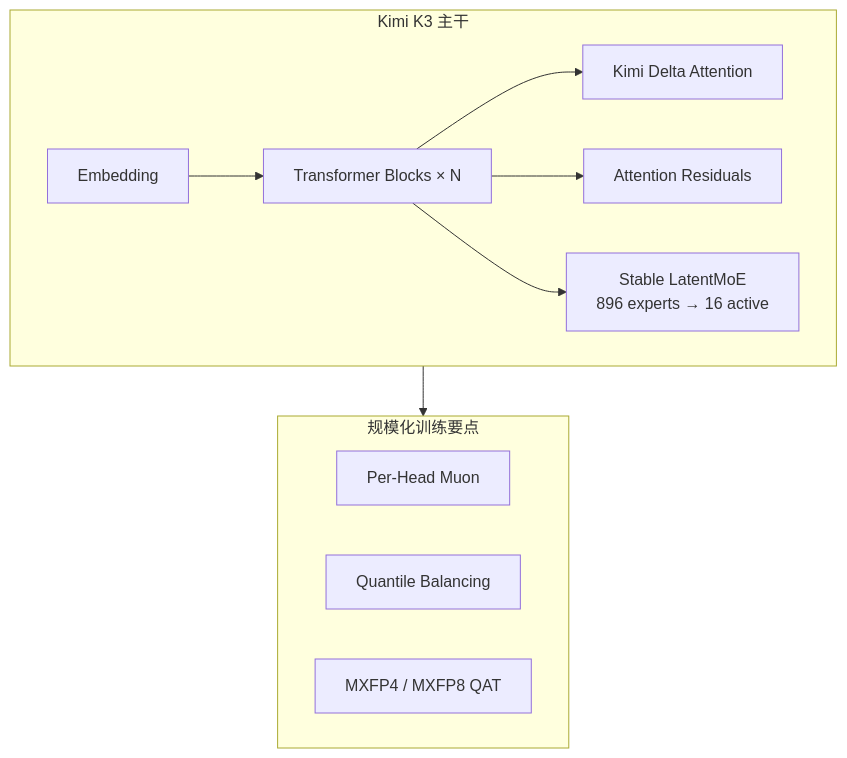
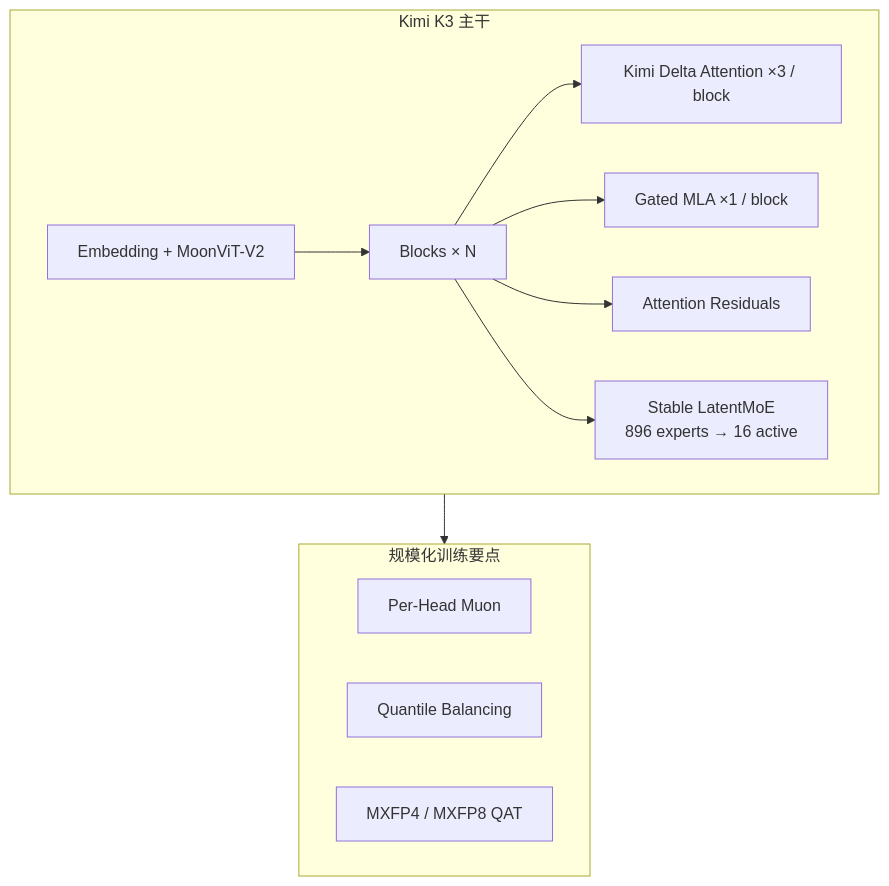
The first of 2 diagrams in wiki/entities/kimi-k3.md (ImChong/Robotics_Notebooks), drawn with Mermaid before and after one commit. The commit also changed other lines of this file and 18 other files, not shown here.

````diff
--- a/wiki/entities/kimi-k3.md
+++ b/wiki/entities/kimi-k3.md
@@ -49,20 +54,22 @@
 ```mermaid
 flowchart TB
   subgraph arch [Kimi K3 主干]
-    E[Embedding]
-    B[Transformer Blocks × N]
-    KDA[Kimi Delta Attention]
+    E[Embedding + MoonViT-V2]
+    B[Blocks × N]
+    KDA[Kimi Delta Attention ×3 / block]
+    MLA[Gated MLA ×1 / block]
     AR[Attention Residuals]
     MoE[Stable LatentMoE<br/>896 experts → 16 active]
     E --> B
     B --> KDA
+    B --> MLA
     B --> AR
     B --> MoE
   end
   subgraph train [规模化训练要点]
     PHM[Per-Head Muon]
     QB[Quantile Balancing]
     QAT[MXFP4 / MXFP8 QAT]
   end
   arch --> train
 ```
````
